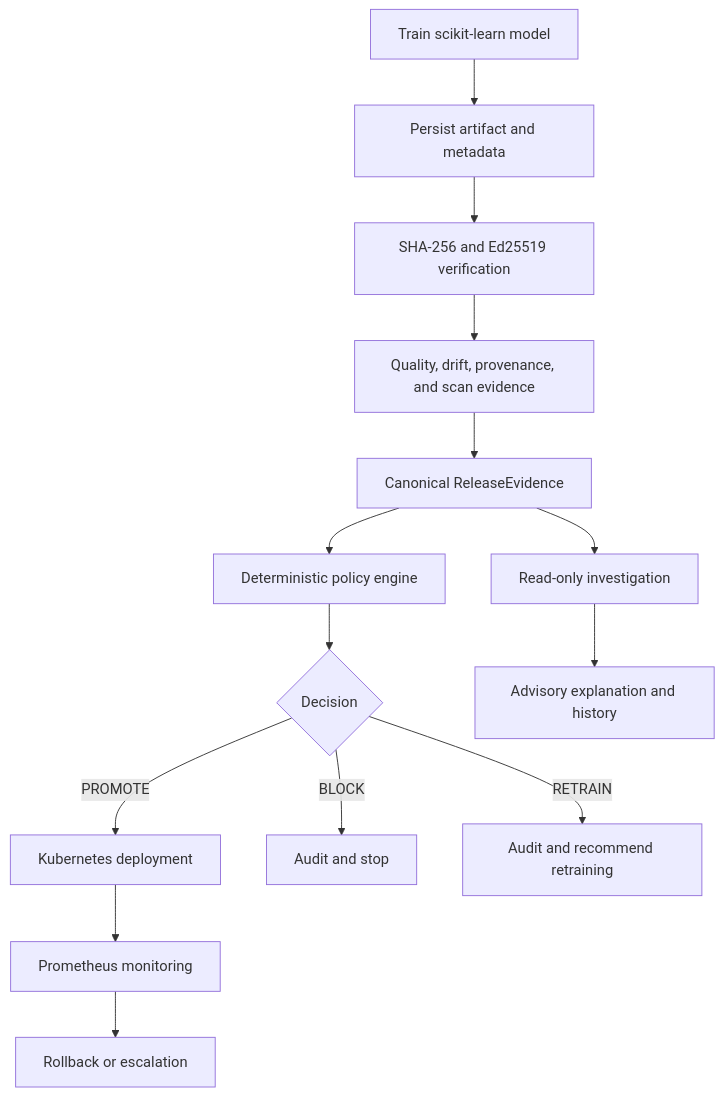
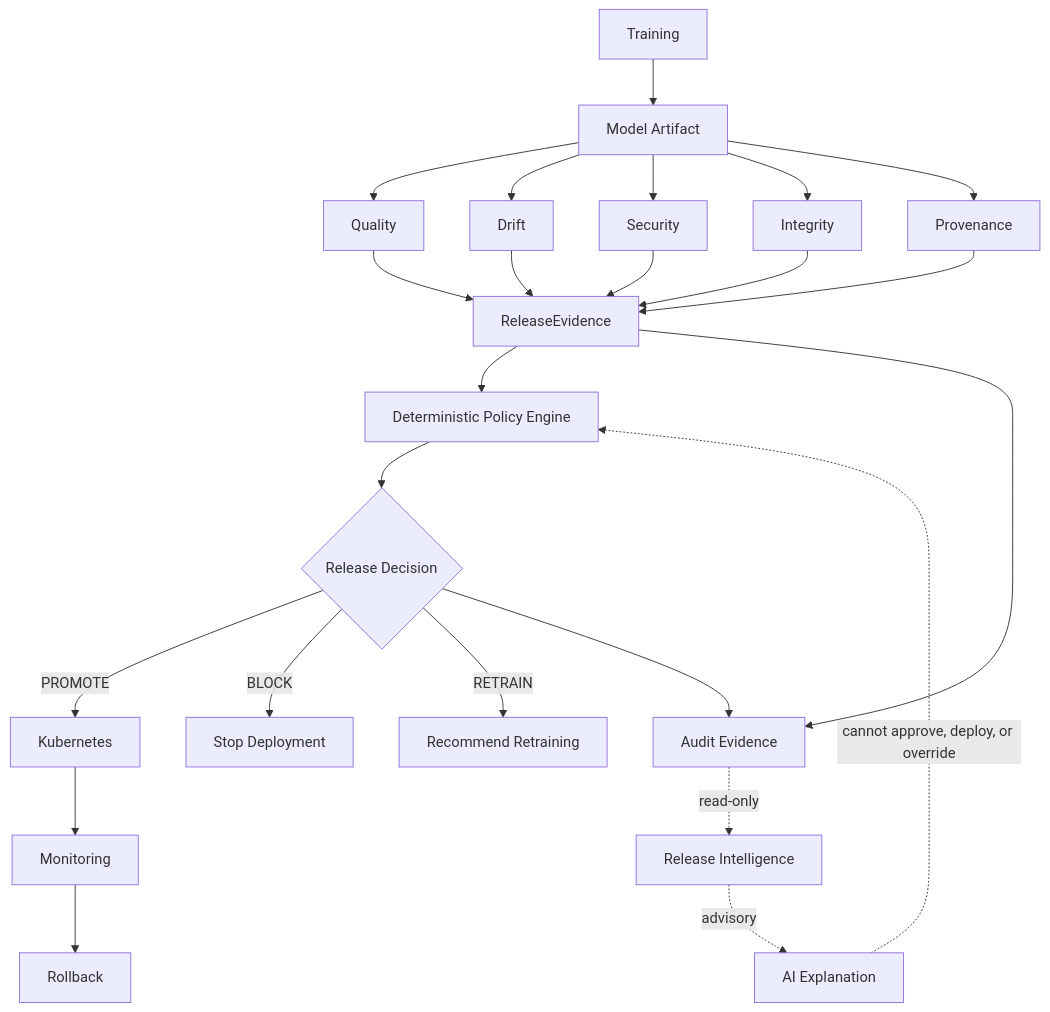
One commit to sonalejayash/ModelShield changed the diagram in README.md. Above: the diagram before and after it, drawn with Mermaid. The commit also changed other lines of this file and 9 other files, not shown here.

````diff
--- a/README.md
+++ b/README.md
@@ -227,16 +260,26 @@
 ```mermaid
 flowchart TD
-  A[Train scikit-learn model] --> B[Persist artifact and metadata]
-  B --> C[SHA-256 and Ed25519 verification]
-  C --> D[Quality, drift, provenance, and scan evidence]
-  D --> E[Canonical ReleaseEvidence]
-  E --> F[Deterministic policy engine]
-  F --> G{Decision}
-  G -->|PROMOTE| H[Kubernetes deployment]
-  G -->|BLOCK| I[Audit and stop]
-  G -->|RETRAIN| J[Audit and recommend retraining]
-  E --> M[Read-only investigation]
-  M --> N[Advisory explanation and history]
-  H --> K[Prometheus monitoring]
-  K --> L[Rollback or escalation]
+  A[Training] --> B[Model Artifact]
+  B --> Q[Quality]
+  B --> D[Drift]
+  B --> S[Security]
+  B --> I[Integrity]
+  B --> P[Provenance]
+  Q --> E[ReleaseEvidence]
+  D --> E
+  S --> E
+  I --> E
+  P --> E
+  E --> F[Deterministic Policy Engine]
+  F --> G{Release Decision}
+  G -->|PROMOTE| H[Kubernetes]
+  G -->|BLOCK| X[Stop Deployment]
+  G -->|RETRAIN| R[Recommend Retraining]
+  H --> M[Monitoring]
+  M --> RB[Rollback]
+  E --> AE[Audit Evidence]
+  G --> AE
+  AE -. read-only .-> RI[Release Intelligence]
+  RI -. advisory .-> AI[AI Explanation]
+  AI -. cannot approve, deploy, or override .-> F
 ```
````
